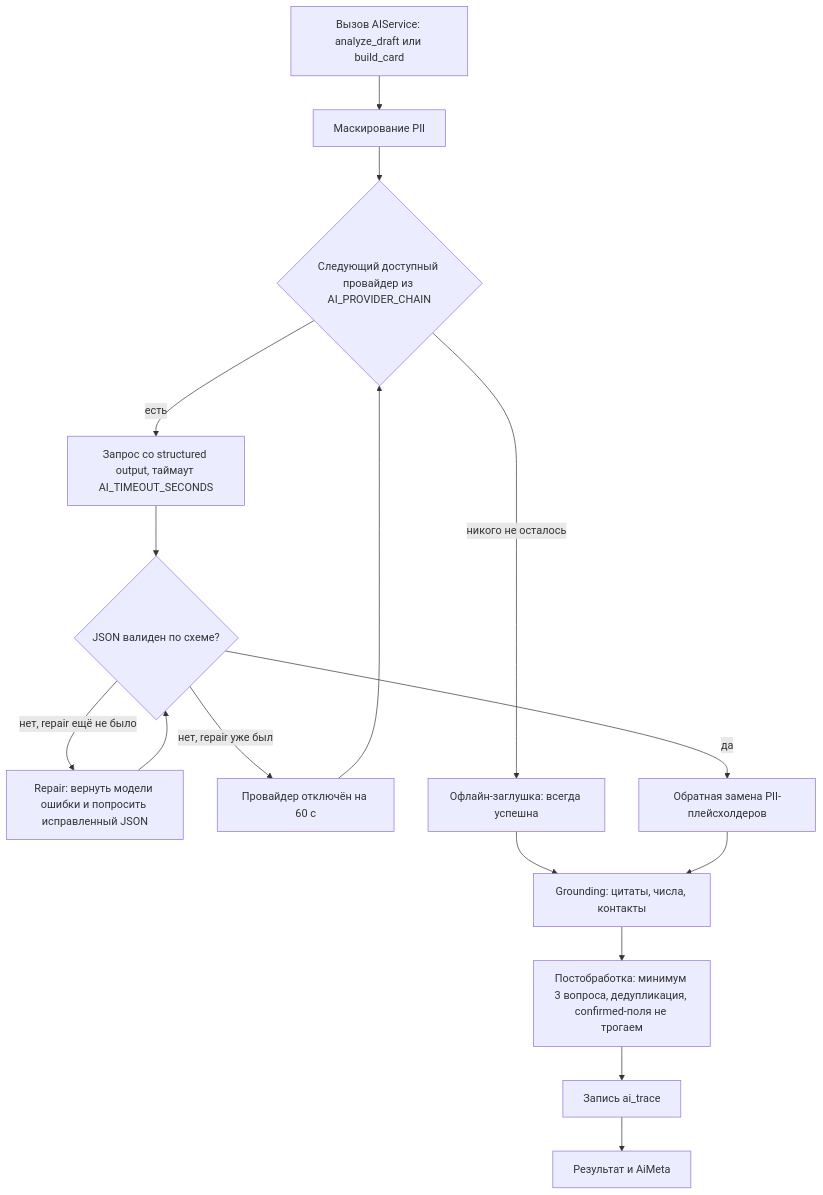
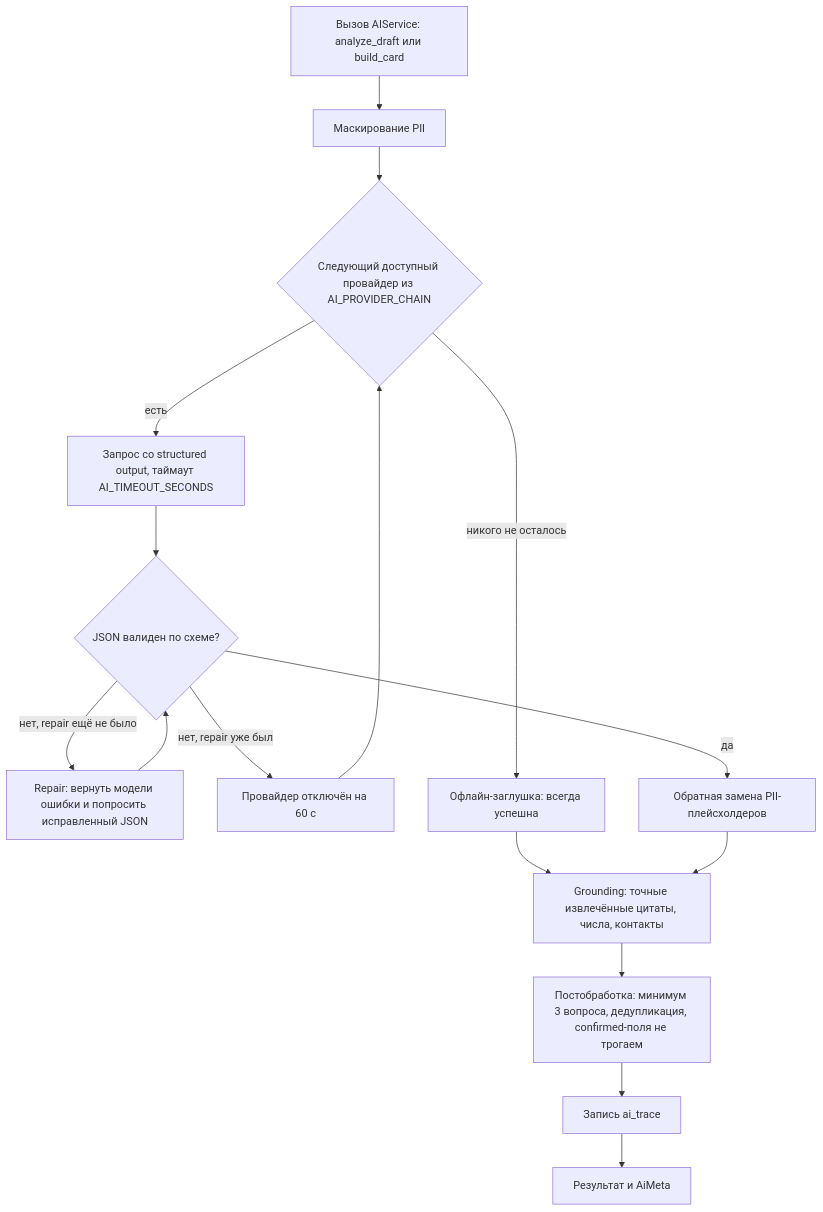
Before and after one commit to BAITC-Hacks/hack-4b695b60-ai-just: the diagram in docs/ai-ml.md, drawn with Mermaid. The commit also changed other lines of this file and 16 other files, not shown here.

````diff
--- a/docs/ai-ml.md
+++ b/docs/ai-ml.md
@@ -42,18 +44,18 @@
 ```mermaid
 flowchart TD
     IN["Вызов AIService: analyze_draft или build_card"] --> PII["Маскирование PII"]
     PII --> P{"Следующий доступный провайдер из AI_PROVIDER_CHAIN"}
     P -->|"есть"| CALL["Запрос со structured output, таймаут AI_TIMEOUT_SECONDS"]
     CALL --> VAL{"JSON валиден по схеме?"}
     VAL -->|"нет, repair ещё не было"| REP["Repair: вернуть модели ошибки и попросить исправленный JSON"]
     REP --> VAL
     VAL -->|"нет, repair уже был"| FAIL["Провайдер отключён на 60 с"]
     FAIL --> P
     VAL -->|"да"| UNM["Обратная замена PII-плейсхолдеров"]
     P -->|"никого не осталось"| STUB["Офлайн-заглушка: всегда успешна"]
     STUB --> GR
-    UNM --> GR["Grounding: цитаты, числа, контакты"]
+    UNM --> GR["Grounding: точные извлечённые цитаты, числа, контакты"]
     GR --> POST["Постобработка: минимум 3 вопроса, дедупликация, confirmed-поля не трогаем"]
     POST --> TR["Запись ai_trace"]
     TR --> OUT["Результат и AiMeta"]
 ```
````
